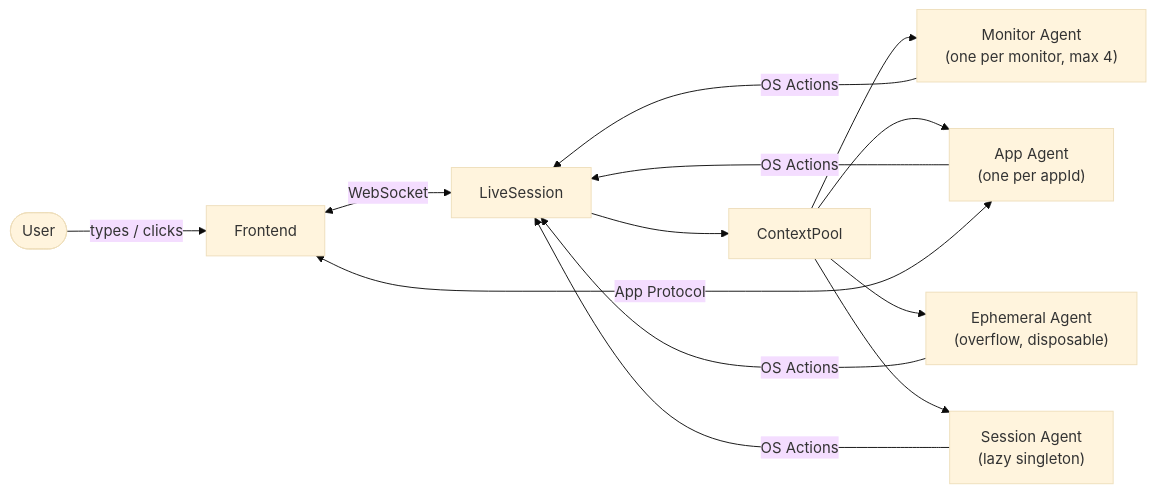
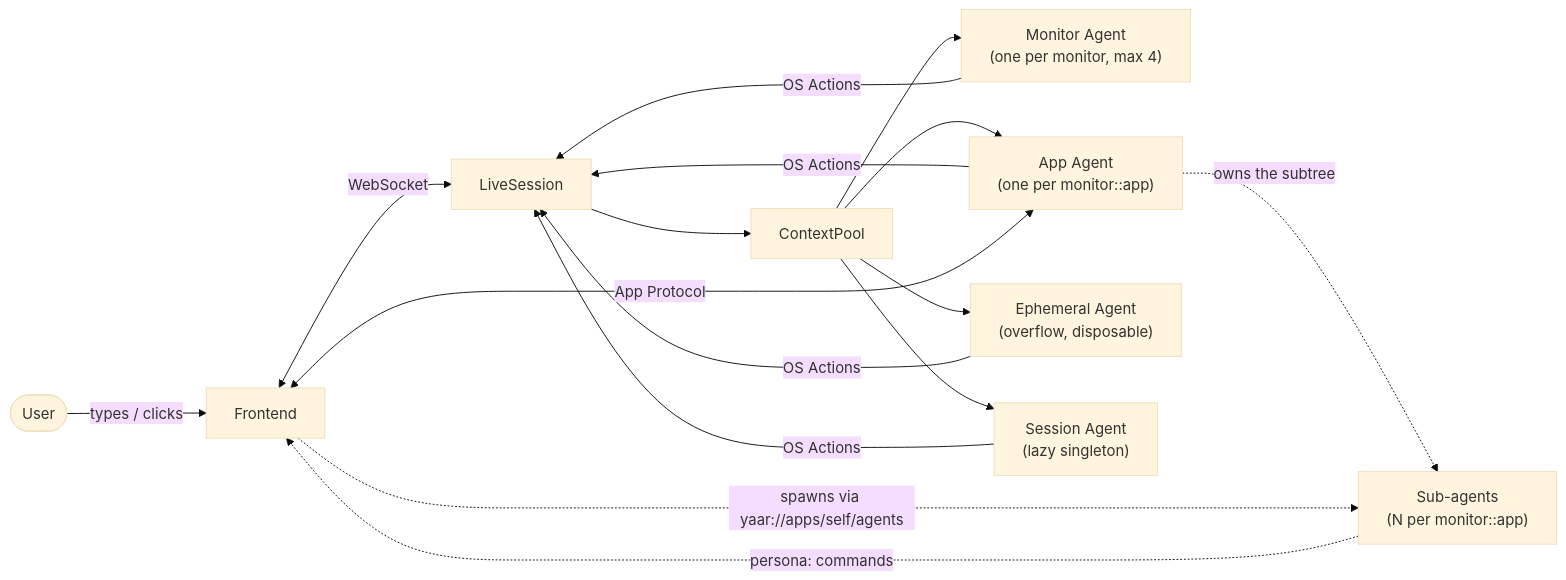
Before and after one commit to sorryhyun/yaar: the first of 7 diagrams in docs/architecture/common_flow.md, drawn with Mermaid (base theme). The commit also changed other lines of this file and 12 other files, not shown here.

````diff
--- a/docs/architecture/common_flow.md
+++ b/docs/architecture/common_flow.md
@@ -10,12 +10,15 @@
 ```mermaid
 flowchart LR
     User([User]) -->|types / clicks| FE[Frontend]
     FE <-->|WebSocket| LS[LiveSession]
     LS --> CP[ContextPool]
     CP --> MA["Monitor Agent<br/>(one per monitor, max 4)"]
-    CP --> AA["App Agent<br/>(one per appId)"]
+    CP --> AA["App Agent<br/>(one per monitor::app)"]
     CP --> EA["Ephemeral Agent<br/>(overflow, disposable)"]
     CP --> SA["Session Agent<br/>(lazy singleton)"]
     MA & AA & EA & SA -->|OS Actions| LS
     AA <-->|App Protocol| FE
+    AA -.->|owns the subtree| SUB["Sub-agents<br/>(N per monitor::app)"]
+    FE -.->|spawns via yaar://apps/self/agents| SUB
+    SUB -.->|"persona: commands"| FE
 ```
````
